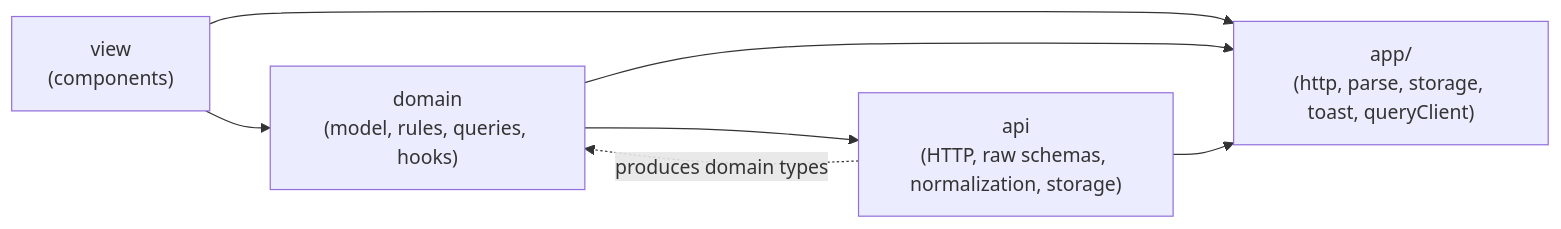
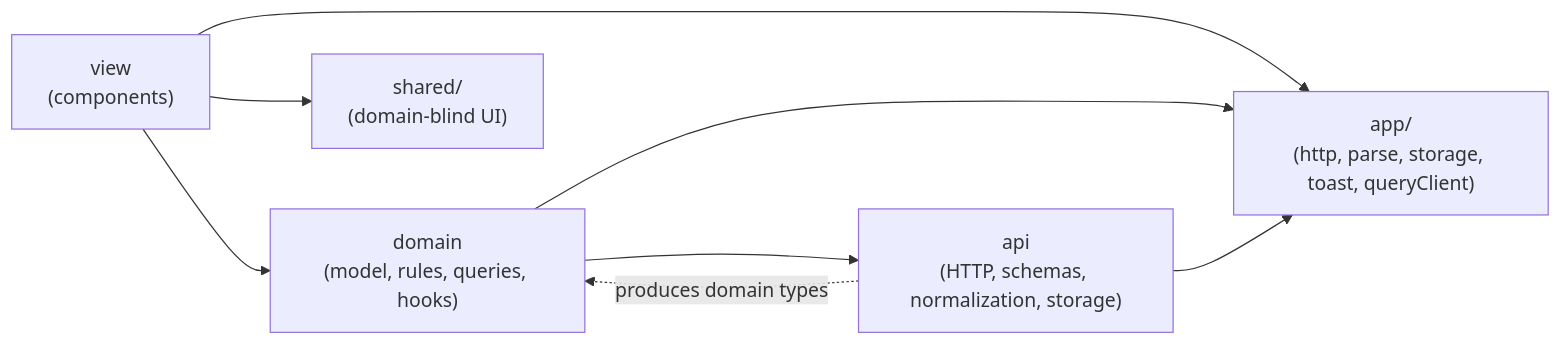
Before and after one commit to inesryder/weward-tech-case: the first of 2 diagrams in TOUR.md, drawn with Mermaid. The commit also changed other lines of this file and 1 other file, not shown here.

````diff
--- a/TOUR.md
+++ b/TOUR.md
@@ -69,9 +72,10 @@
 ```mermaid
 flowchart LR
   view["view<br/>(components)"] --> domain["domain<br/>(model, rules, queries, hooks)"]
-  domain --> api["api<br/>(HTTP, raw schemas, normalization, storage)"]
+  domain --> api["api<br/>(HTTP, schemas, normalization, storage)"]
   api -. "produces domain types" .-> domain
+  view --> shared["shared/<br/>(domain-blind UI)"]
   view --> app["app/<br/>(http, parse, storage, toast, queryClient)"]
   domain --> app
   api --> app
 ```
````
